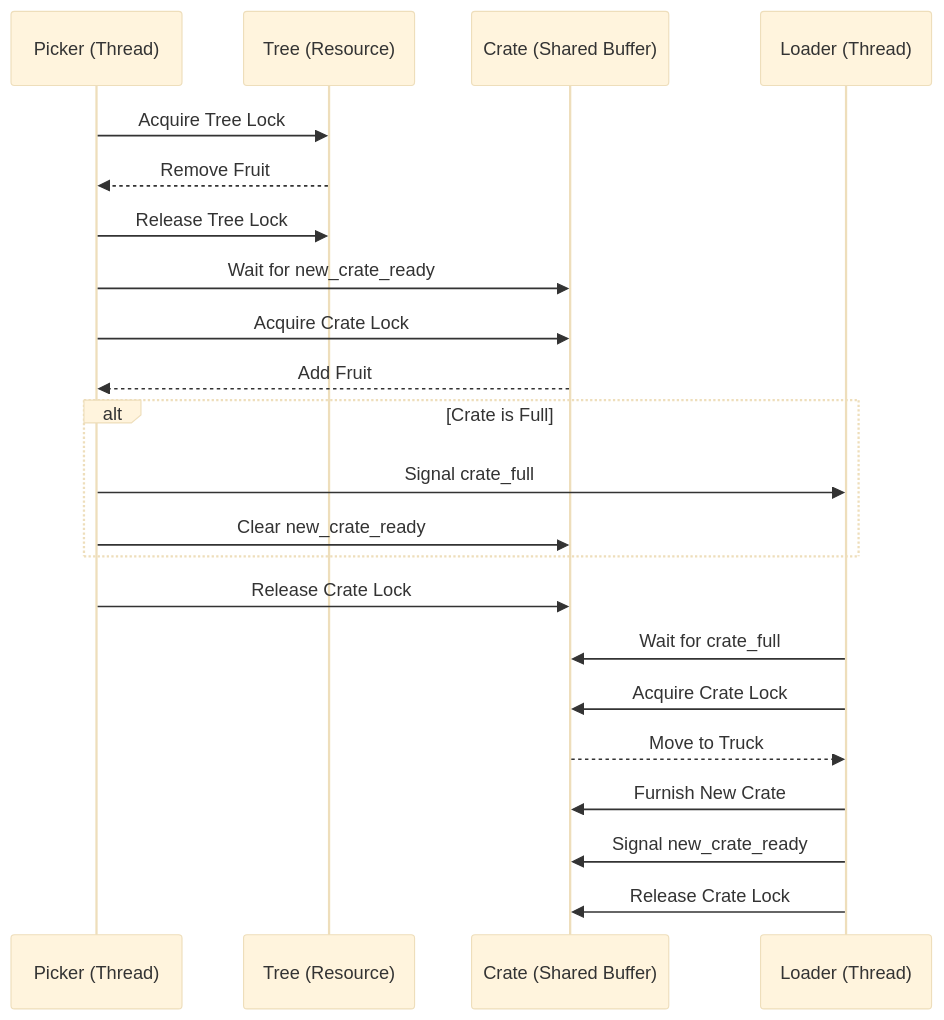
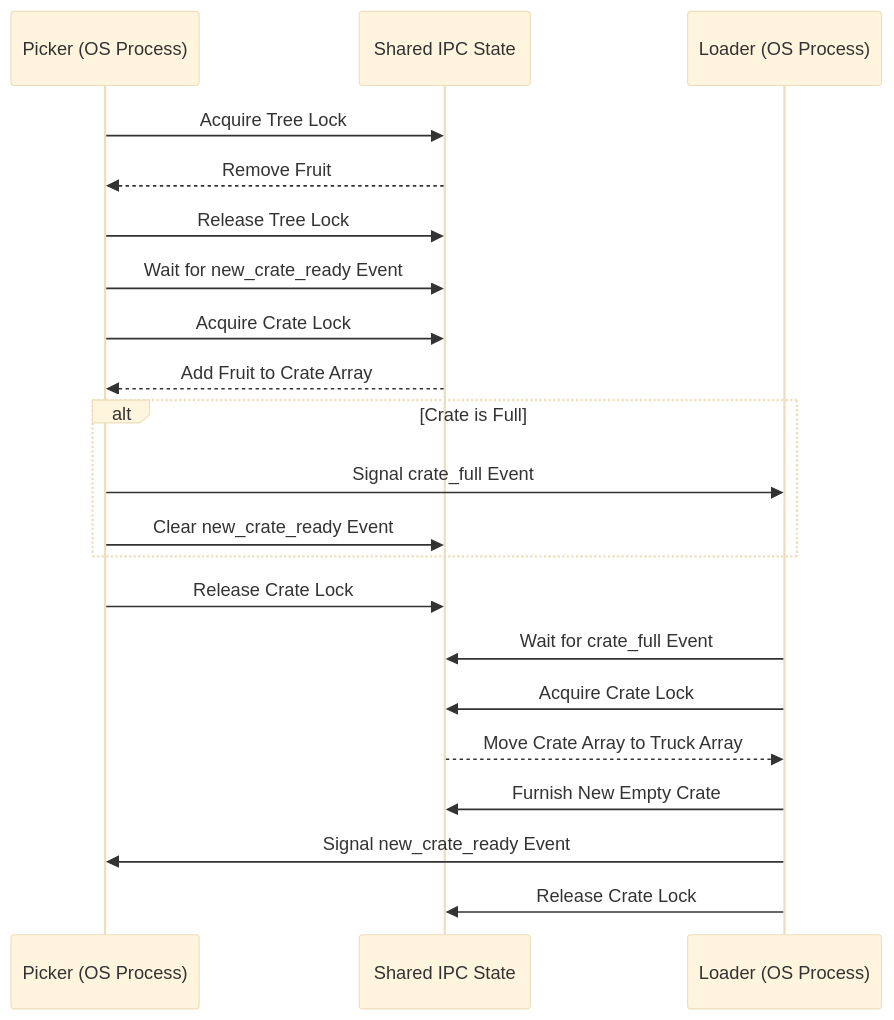
The second of 2 diagrams in CEP_REPORT.md (assamirzafar/OS_CEP), drawn with Mermaid (base theme) before and after one commit. The commit also changed other lines of this file and 1 other file, not shown here.

````diff
--- a/CEP_REPORT.md
+++ b/CEP_REPORT.md
@@ -73,27 +79,26 @@
 ```mermaid
 sequenceDiagram
-    participant P as Picker (Thread)
-    participant T as Tree (Resource)
-    participant C as Crate (Shared Buffer)
-    participant L as Loader (Thread)
+    participant P as Picker (OS Process)
+    participant IPC as Shared IPC State
+    participant L as Loader (OS Process)
 
-    P->>T: Acquire Tree Lock
-    T-->>P: Remove Fruit
-    P->>T: Release Tree Lock
+    P->>IPC: Acquire Tree Lock
+    IPC-->>P: Remove Fruit
+    P->>IPC: Release Tree Lock
     
-    P->>C: Wait for new_crate_ready
-    P->>C: Acquire Crate Lock
-    C-->>P: Add Fruit
+    P->>IPC: Wait for new_crate_ready Event
+    P->>IPC: Acquire Crate Lock
+    IPC-->>P: Add Fruit to Crate Array
     alt Crate is Full
-        P->>L: Signal crate_full
-        P->>C: Clear new_crate_ready
+        P->>L: Signal crate_full Event
+        P->>IPC: Clear new_crate_ready Event
     end
-    P->>C: Release Crate Lock
+    P->>IPC: Release Crate Lock
 
-    L->>C: Wait for crate_full
-    L->>C: Acquire Crate Lock
-    C-->>L: Move to Truck
-    L->>C: Furnish New Crate
-    L->>C: Signal new_crate_ready
-    L->>C: Release Crate Lock
+    L->>IPC: Wait for crate_full Event
+    L->>IPC: Acquire Crate Lock
+    IPC-->>L: Move Crate Array to Truck Array
+    L->>IPC: Furnish New Empty Crate
+    L->>P: Signal new_crate_ready Event
+    L->>IPC: Release Crate Lock
 ```
````
